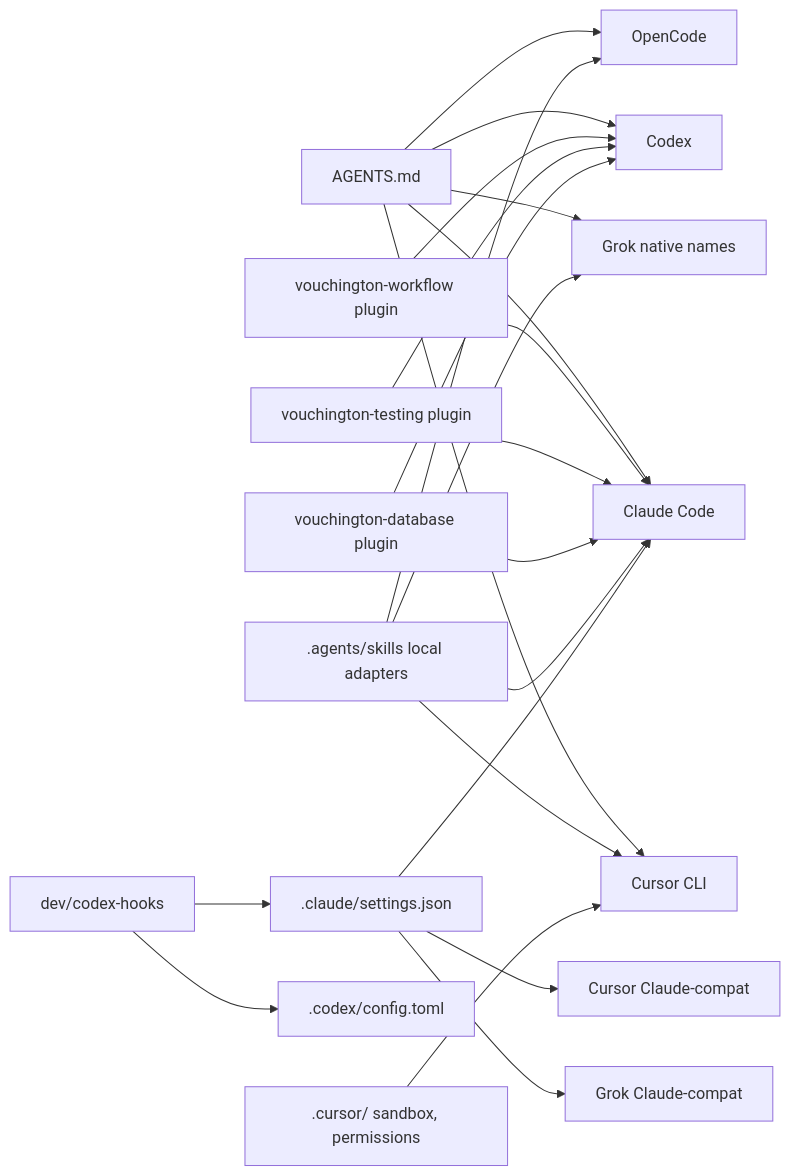
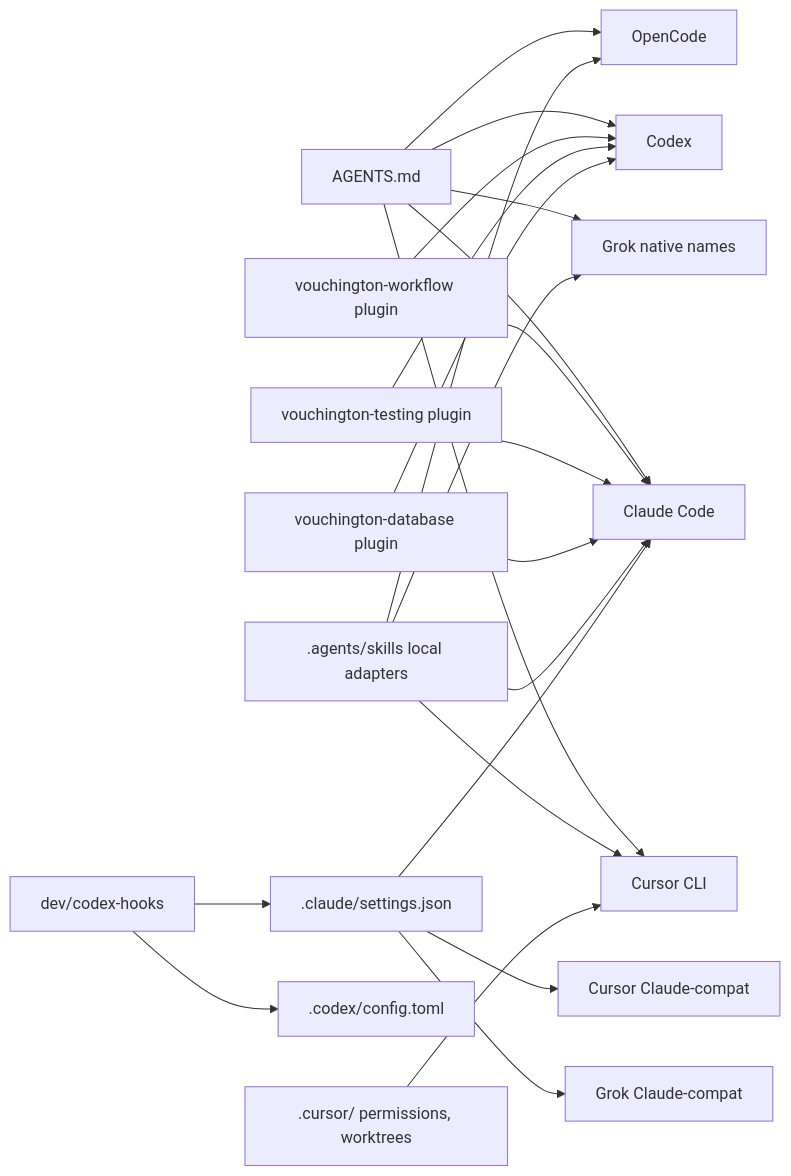
The diagram in docs/development/agent-harness-parity.md (vouchington/vouchington), drawn with Mermaid before and after one commit. The commit also changed other lines of this file and 28 other files, not shown here.

````diff
--- a/docs/development/agent-harness-parity.md
+++ b/docs/development/agent-harness-parity.md
@@ -62,24 +62,24 @@
 ```mermaid
 flowchart LR
   claudeMd[AGENTS.md] --> claude[Claude Code]
   claudeMd --> codex[Codex]
   claudeMd --> grok[Grok native names]
   claudeMd --> cursor[Cursor CLI]
   claudeMd --> opencode[OpenCode]
   workflowPlugin[vouchington-workflow plugin] --> claude
   workflowPlugin --> codex
   testingPlugin[vouchington-testing plugin] --> claude
   testingPlugin --> codex
   databasePlugin[vouchington-database plugin] --> claude
   databasePlugin --> codex
   skills[.agents/skills local adapters] --> claude
   skills --> grok
   skills --> cursor
   skills --> opencode
   claudeHooks[.claude/settings.json] --> claude
   claudeHooks --> grokCompat[Grok Claude-compat]
   claudeHooks --> cursorCompat[Cursor Claude-compat]
   hookRunner[dev/codex-hooks] --> claudeHooks
   hookRunner --> codexConfig[.codex/config.toml]
-  cursorConfig[".cursor/ sandbox, permissions"] --> cursor
+  cursorConfig[".cursor/ permissions, worktrees"] --> cursor
 ```
````
